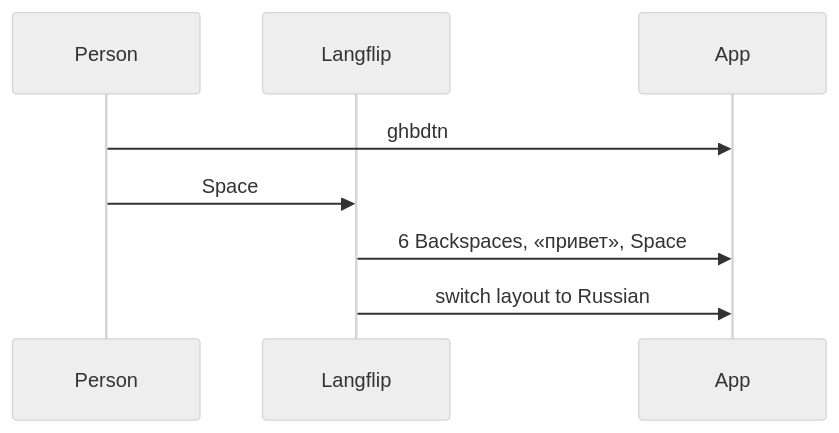
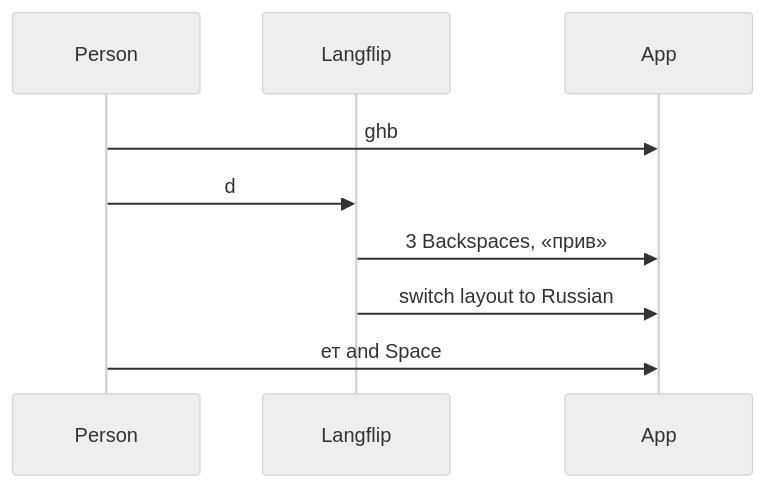
Before and after one commit to workbench-soft/langflip: the second of 7 diagrams in docs/user-flows.md, drawn with Mermaid (neutral theme). The commit also changed other lines of this file and 11 other files, not shown here.

````diff
--- a/docs/user-flows.md
+++ b/docs/user-flows.md
@@ -24,10 +25,11 @@
 ```mermaid
 sequenceDiagram
     participant P as Person
     participant L as Langflip
     participant A as App
-    P->>A: ghbdtn
-    P->>L: Space
-    L->>A: 6 Backspaces, «привет», Space
+    P->>A: ghb
+    P->>L: d
+    L->>A: 3 Backspaces, «прив»
     L->>A: switch layout to Russian
+    P->>A: ет and Space
 ```
````
